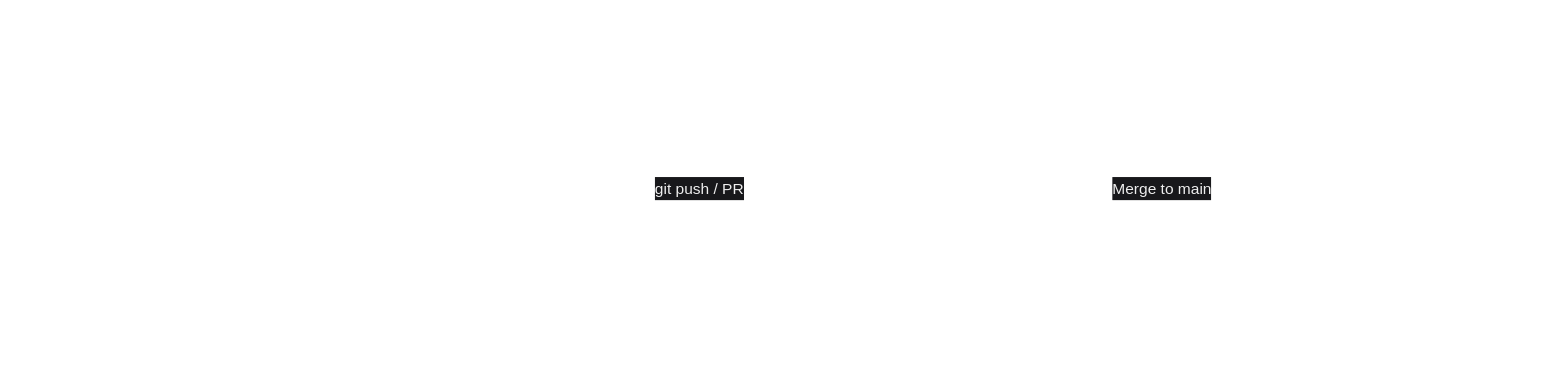
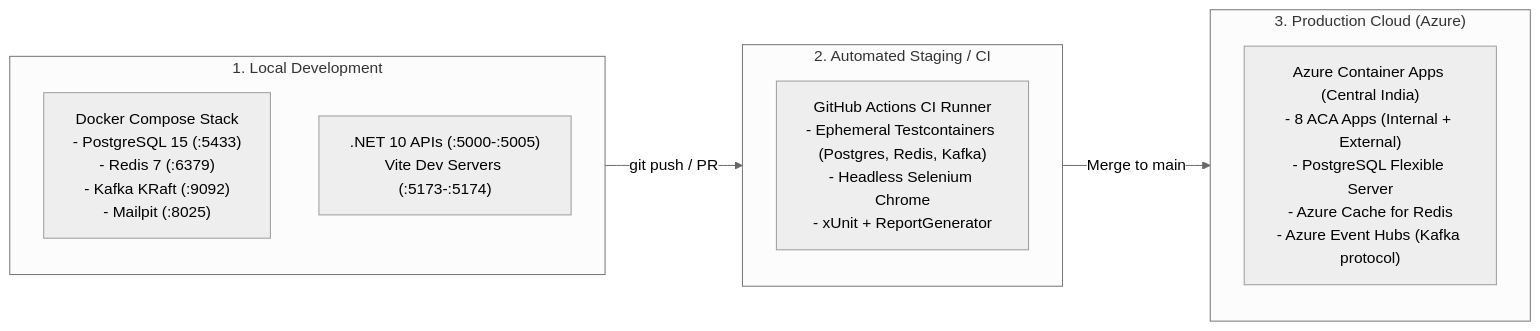
One commit to shanelperera-exe/harbor changed the sixth of 11 diagrams in docs/FINAL_EVALUATION.md. Above: the diagram before and after it, drawn with Mermaid. The commit also changed other lines of this file, not shown here.

Commit message:
style(diagrams): use neutral black-and-white theme across all 11 Mermaid diagrams for light/dark mode compatibility

````diff
--- a/docs/FINAL_EVALUATION.md
+++ b/docs/FINAL_EVALUATION.md
@@ -562,37 +499,24 @@
 ```mermaid
 %%{init: {
-  'theme': 'base',
+  'theme': 'neutral',
   'themeVariables': {
-    'fontFamily': 'Courier New, monospace',
-    'darkMode': true,
-    'background': '#18181b',
-    'mainBkg': 'transparent',
-    'nodeBorder': '#ffffff',
-    'nodeTextColor': '#ffffff',
-    'lineColor': '#ffffff',
-    'edgeLabelBackground': '#18181b',
-    'clusterBkg': 'transparent',
-    'clusterBorder': '#ffffff',
-    'titleColor': '#ffffff',
-    'textColor': '#ffffff'
+    'fontFamily': 'Courier New, monospace'
   }
 }}%%
 flowchart LR
-    classDef box fill:transparent,stroke:#ffffff,stroke-width:1.5px,color:#ffffff,font-family:Courier New, monospace;
-
     subgraph DevEnv["1. Local Development"]
-        DockerDev["Docker Compose Stack\n- PostgreSQL 15 (:5433)\n- Redis 7 (:6379)\n- Kafka KRaft (:9092)\n- Mailpit (:8025)"]:::box
-        BareMetal[".NET 10 APIs (:5000-:5005)\nVite Dev Servers (:5173-:5174)"]:::box
+        DockerDev["Docker Compose Stack\n- PostgreSQL 15 (:5433)\n- Redis 7 (:6379)\n- Kafka KRaft (:9092)\n- Mailpit (:8025)"]
+        BareMetal[".NET 10 APIs (:5000-:5005)\nVite Dev Servers (:5173-:5174)"]
     end
 
     subgraph CIEnv["2. Automated Staging / CI"]
-        GHActions["GitHub Actions CI Runner\n- Ephemeral Testcontainers (Postgres, Redis, Kafka)\n- Headless Selenium Chrome\n- xUnit + ReportGenerator"]:::box
+        GHActions["GitHub Actions CI Runner\n- Ephemeral Testcontainers (Postgres, Redis, Kafka)\n- Headless Selenium Chrome\n- xUnit + ReportGenerator"]
     end
 
     subgraph ProdEnv["3. Production Cloud (Azure)"]
-        ACA["Azure Container Apps (Central India)\n- 8 ACA Apps (Internal + External)\n- PostgreSQL Flexible Server\n- Azure Cache for Redis\n- Azure Event Hubs (Kafka protocol)"]:::box
+        ACA["Azure Container Apps (Central India)\n- 8 ACA Apps (Internal + External)\n- PostgreSQL Flexible Server\n- Azure Cache for Redis\n- Azure Event Hubs (Kafka protocol)"]
     end
 
     DevEnv -->|git push / PR| CIEnv
     CIEnv -->|Merge to main| ProdEnv
 ```
````
